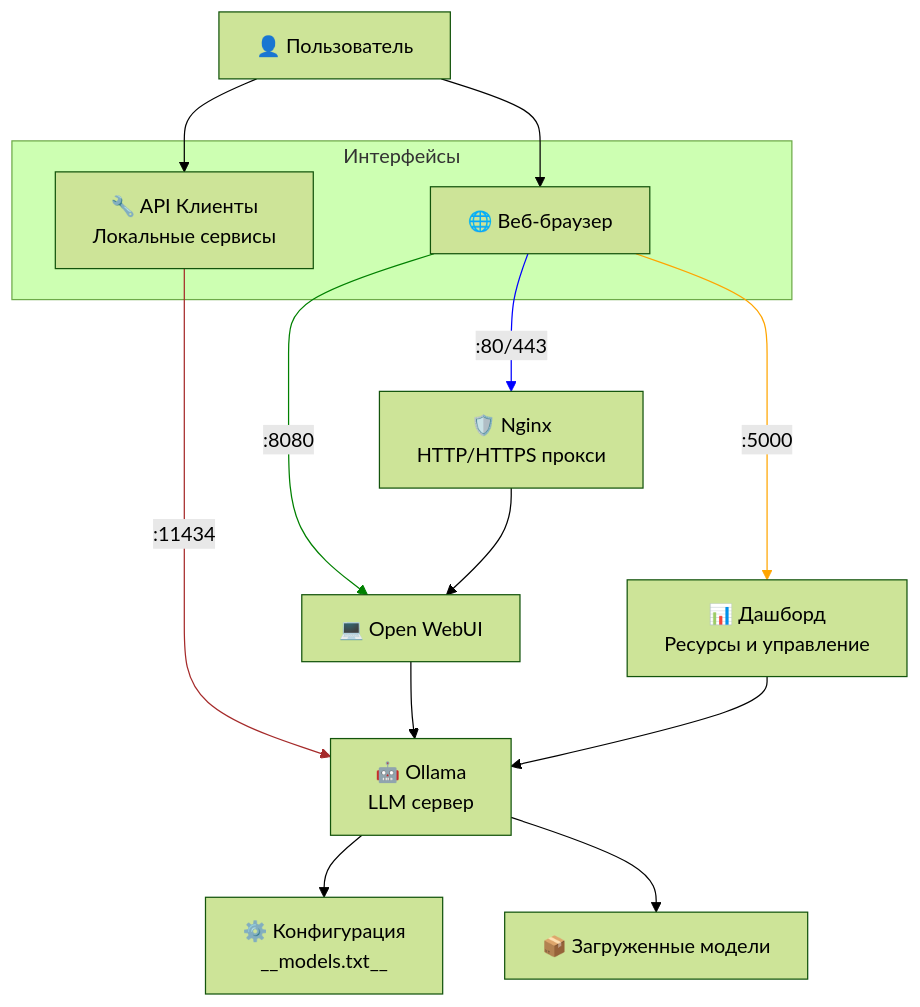
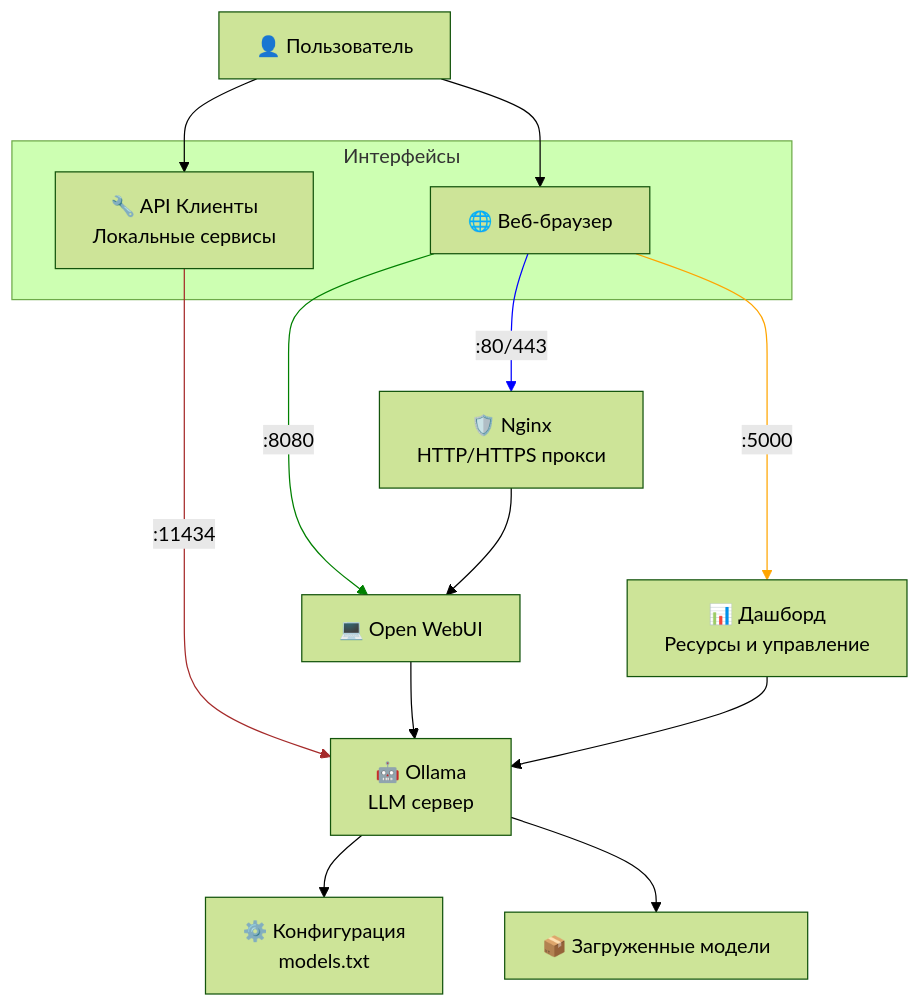
One commit to NikitaShubin/SelfHostedAI changed the diagram in README.md. Above: the diagram before and after it, drawn with Mermaid (forest theme).

Commit message:
README: исправлено __models.txt__ → models.txt

````diff
--- a/README.md
+++ b/README.md
@@ -19,51 +19,51 @@
 ```mermaid
 flowchart TD
 
     classDef invisibleLine stroke:none,stroke-width:0
     %% classDef invisible fill:none,stroke:none,width:0,height:0
 
     User["👤 Пользователь"]
 
     subgraph "Интерфейсы"
         Browser["🌐 Веб-браузер"]
         APIClients["🔧 API Клиенты<br/>Локальные сервисы"]
     end
 
     Nginx["🛡️ Nginx<br/>HTTP/HTTPS прокси"]
     WebUI["💻 Open WebUI"]
     Ollama["🤖 Ollama<br/>LLM сервер"]
     Monitoring["📊 Дашборд<br/>Ресурсы и управление"]
 
     Models["📦 Загруженные модели"]
-    Config["⚙️ Конфигурация<br/>__models.txt__"]
+    Config["⚙️ Конфигурация<br/>models.txt"]
 
     %% Пользовательские связи:
     User --> Browser
     User --> APIClients
 
     %% Сетевые связи:
     Browser    -- :80/443 --> Nginx
     Browser    -- :8080   --> WebUI
     Browser    -- :5000   --> Monitoring
     APIClients -- :11434  --> Ollama
     
     %% Добавляем цвета к портам:
     linkStyle 2 stroke:blue,stroke-width:1px;
     linkStyle 3 stroke:green,stroke-width:1px;
     linkStyle 4 stroke:orange,stroke-width:1px;
     linkStyle 5 stroke:brown,stroke-width:1px;
 
     %% Взаимодействие через веб-интерфейс:
     Nginx --> WebUI
 
     %% Взаимодействие WebUI с Ollama:
     WebUI --> Ollama
 
     %% Взаимодействие Мониторинга с Ollama:
     Monitoring --> Ollama
 
     %% Данные и конфигурация:
     Ollama --> Config
     Ollama --> Models
 
 ```
````
